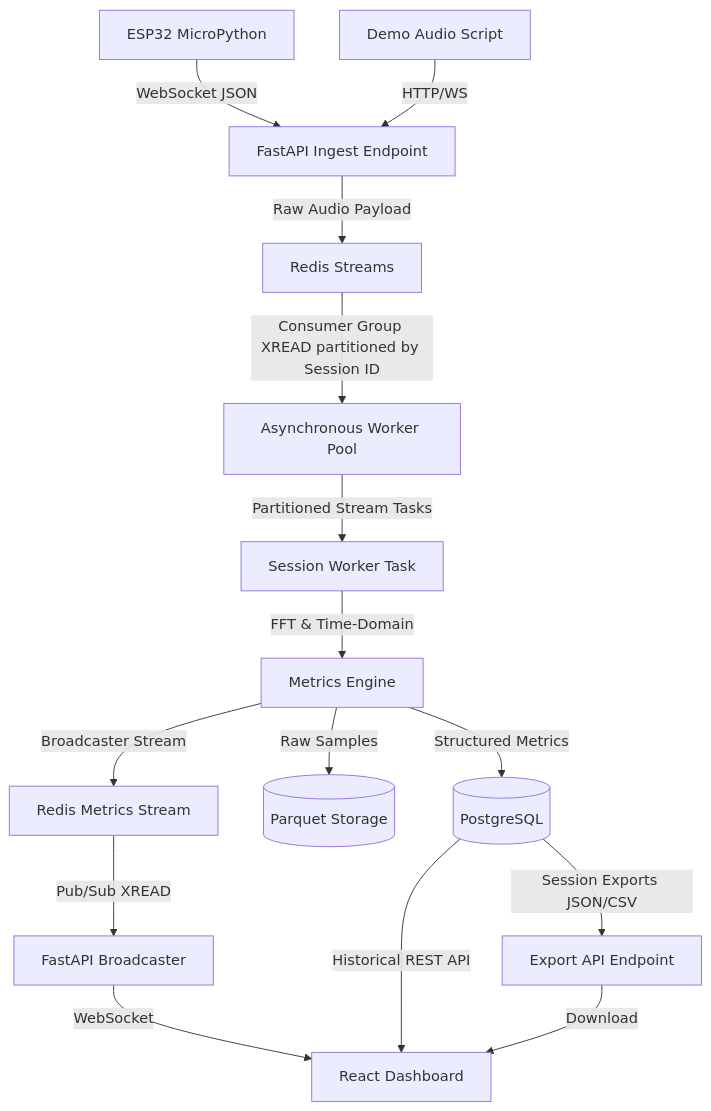
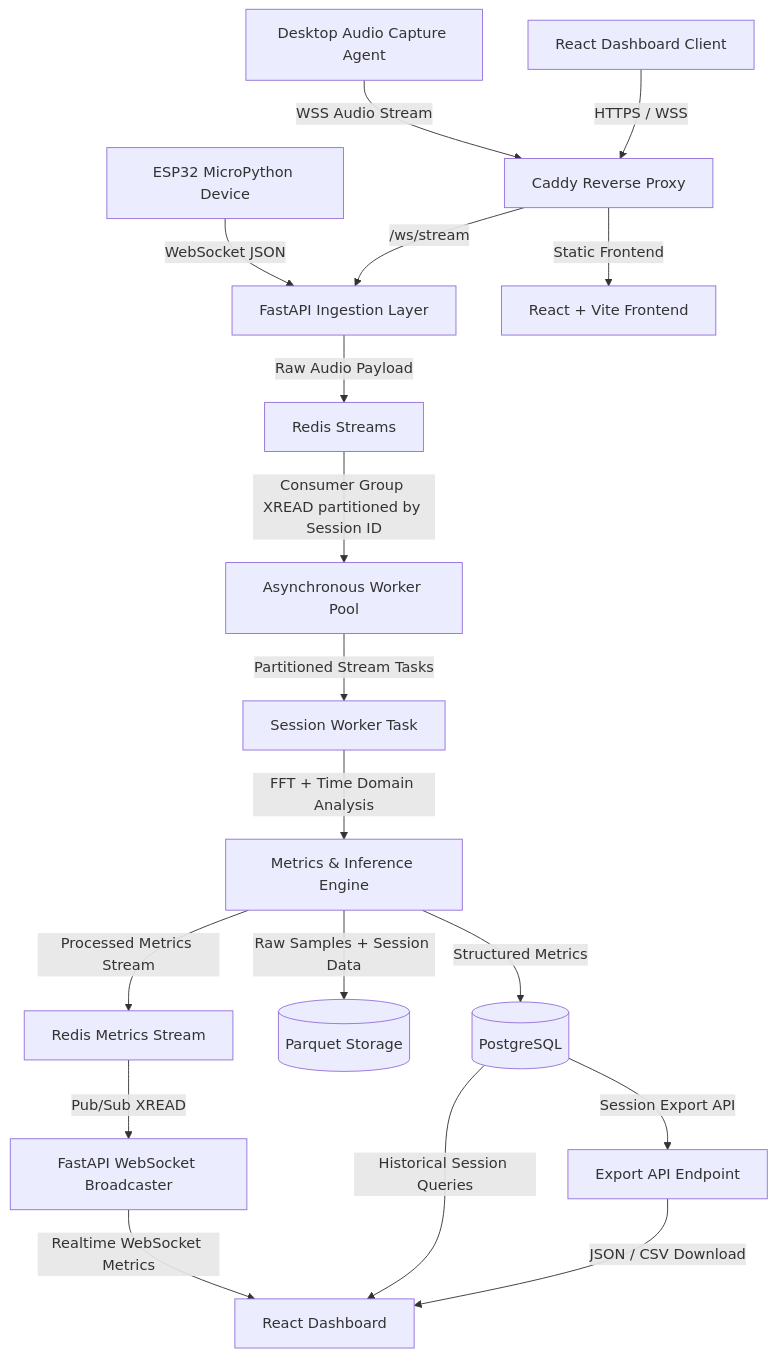
Before and after one commit to Vikranth-512/Real-Time-Audio-Telemetry-Platform: the first of 2 diagrams in README.md, drawn with Mermaid.

Commit message:
Revise architecture diagram in README.md
Updated architecture diagram

````diff
--- a/README.md
+++ b/README.md
@@ -9,24 +9,38 @@
 ```mermaid
 graph TD
-    %% Hardware / Ingestion
-    ESP[ESP32 MicroPython] -->|WebSocket JSON| API[FastAPI Ingest Endpoint]
-    Mock[Demo Audio Script] -->|HTTP/WS| API
+    %% Audio Capture Sources
+    ESP[ESP32 MicroPython Device] -->|WebSocket JSON| API[FastAPI Ingestion Layer]
     
+    Native[Desktop Audio Capture Agent] -->|WSS Audio Stream| Caddy[Caddy Reverse Proxy]
+    Caddy -->|/ws/stream| API
+
+    %% Reverse Proxy / Frontend
+    User[React Dashboard Client] -->|HTTPS / WSS| Caddy
+    Caddy -->|Static Frontend| Frontend[React + Vite Frontend]
+
     %% Redis Stream Pipeline
     API -->|Raw Audio Payload| Redis[Redis Streams]
-    
-    %% Processing Worker & Stream Details
+
+    %% Processing Worker Pipeline
     Redis -->|Consumer Group XREAD partitioned by Session ID| Worker[Asynchronous Worker Pool]
     Worker -->|Partitioned Stream Tasks| WorkerTask[Session Worker Task]
-    WorkerTask -->|FFT & Time-Domain| DSP[Metrics Engine]
+
+    %% DSP / Analytics
+    WorkerTask -->|FFT + Time Domain Analysis| DSP[Metrics & Inference Engine]
+
+    %% Storage
     DSP -->|Structured Metrics| DB[(PostgreSQL)]
-    DSP -->|Raw Samples| Parquet[(Parquet Storage)]
-    DSP -->|Broadcaster Stream| RedisMetrics[Redis Metrics Stream]
-    
-    %% Dashboard & Exports
-    RedisMetrics -->|Pub/Sub XREAD| API_WS[FastAPI Broadcaster]
-    API_WS -->|WebSocket| Dash[React Dashboard]
-    DB -->|Historical REST API| Dash
-    DB -->|Session Exports JSON/CSV| ExportAPI[Export API Endpoint]
-    ExportAPI -->|Download| Dash
+    DSP -->|Raw Samples + Session Data| Parquet[(Parquet Storage)]
+
+    %% Real-Time Metrics Broadcast
+    DSP -->|Processed Metrics Stream| RedisMetrics[Redis Metrics Stream]
+    RedisMetrics -->|Pub/Sub XREAD| API_WS[FastAPI WebSocket Broadcaster]
+
+    %% Frontend Live Updates
+    API_WS -->|Realtime WebSocket Metrics| Dash[React Dashboard]
+
+    %% Historical Queries / Exports
+    DB -->|Historical Session Queries| Dash
+    DB -->|Session Export API| ExportAPI[Export API Endpoint]
+    ExportAPI -->|JSON / CSV Download| Dash
 ```
````
